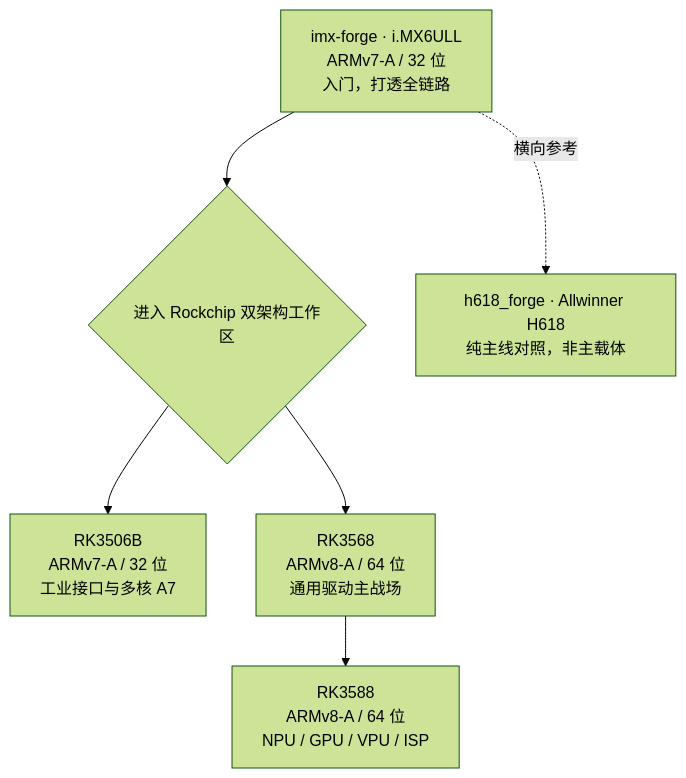
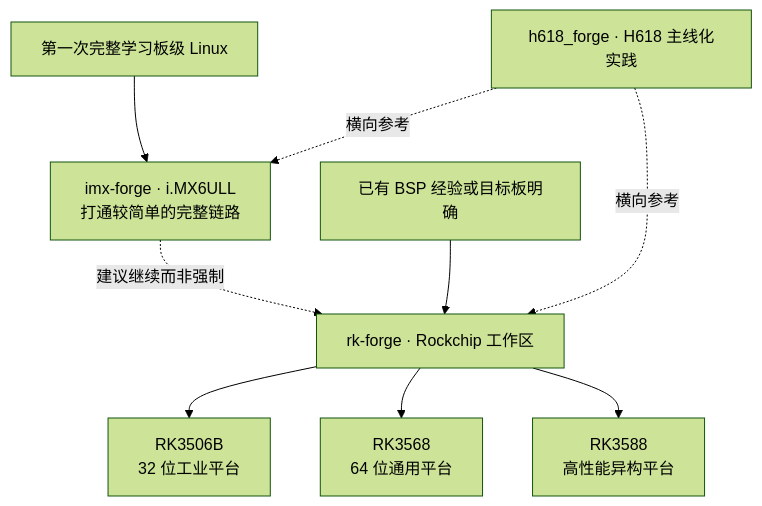
One commit to Awesome-Embedded-Learning-Studio/Awesome-Embedded changed the diagram in document/roadmap/03-linux/index.md. Above: the diagram before and after it, drawn with Mermaid (forest theme). The commit also changed other lines of this file and 69 other files, not shown here.

````diff
--- a/document/roadmap/03-linux/index.md
+++ b/document/roadmap/03-linux/index.md
@@ -11,8 +11,11 @@
 ```mermaid
 flowchart TD
-    IMX["imx-forge · i.MX6ULL<br/>ARMv7-A / 32 位<br/>入门，打透全链路"] --> RK{"进入 Rockchip 双架构工作区"}
-    RK --> RK32["RK3506B<br/>ARMv7-A / 32 位<br/>工业接口与多核 A7"]
-    RK --> RK64["RK3568<br/>ARMv8-A / 64 位<br/>通用驱动主战场"]
-    RK64 --> RK8["RK3588<br/>ARMv8-A / 64 位<br/>NPU / GPU / VPU / ISP"]
-    IMX -. 横向参考 .-> H618["h618_forge · Allwinner H618<br/>纯主线对照，非主载体"]
+    START["第一次完整学习板级 Linux"] --> IMX["imx-forge · i.MX6ULL<br/>打通较简单的完整链路"]
+    IMX -. 建议继续而非强制 .-> RK["rk-forge · Rockchip 工作区"]
+    DIRECT["已有 BSP 经验或目标板明确"] --> RK
+    RK --> RK32["RK3506B<br/>32 位工业平台"]
+    RK --> RK64["RK3568<br/>64 位通用平台"]
+    RK --> RK8["RK3588<br/>高性能异构平台"]
+    REF["h618_forge · H618 主线化实践"] -. 横向参考 .-> IMX
+    REF -. 横向参考 .-> RK
 ```
````
